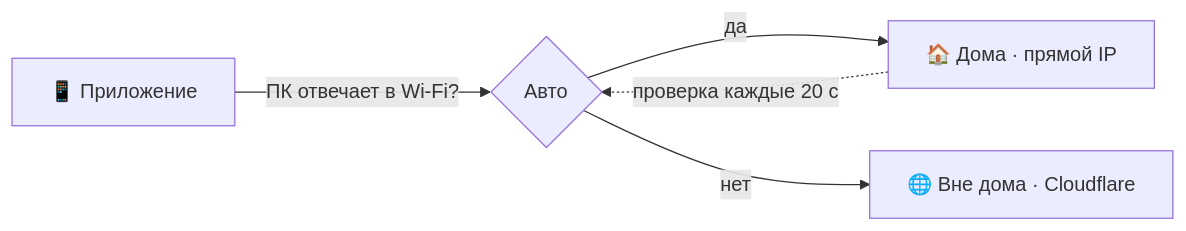
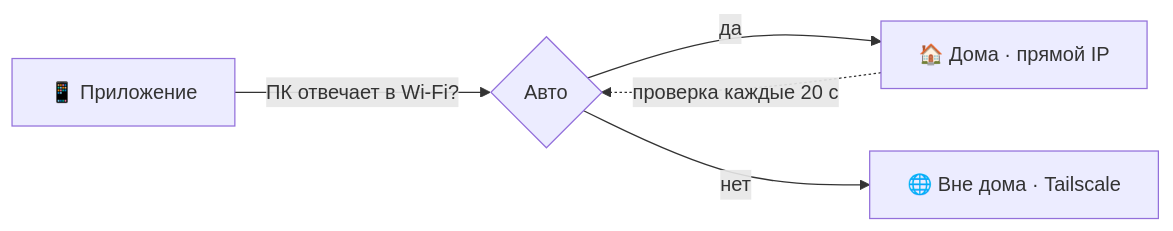
Before and after one commit to Fersiya/PhoneV2: the diagram in README.md, drawn with Mermaid. The commit also changed other lines of this file, not shown here.

First line of the commit message:
README: Tailscale вместо Cloudflare

````diff
--- a/README.md
+++ b/README.md
@@ -41,7 +41,7 @@
 ```mermaid
 flowchart LR
     A[📱 Приложение] -->|ПК отвечает в Wi-Fi?| B{Авто}
     B -- да --> H[🏠 Дома · прямой IP]
-    B -- нет --> R[🌐 Вне дома · Cloudflare]
+    B -- нет --> R[🌐 Вне дома · Tailscale]
     H -.проверка каждые 20 с.-> B
 ```
````
